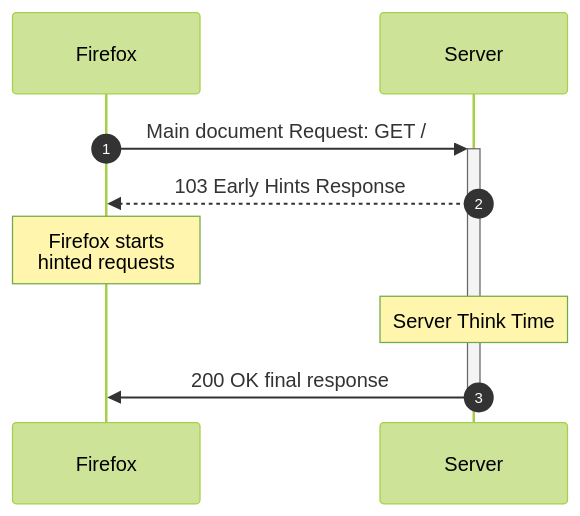
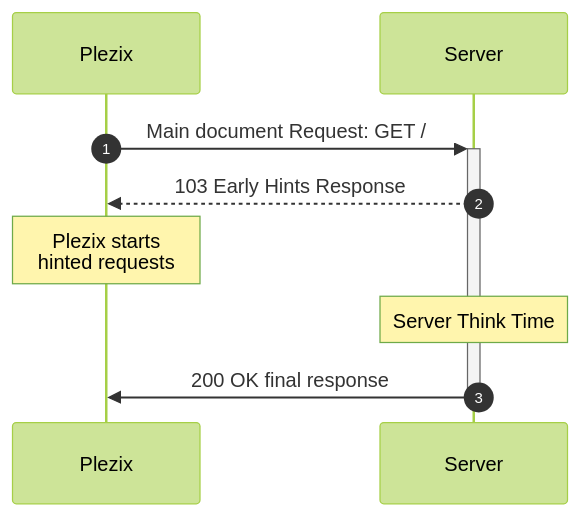
The first of 6 diagrams in netwerk/docs/early_hints.md (yoncola1/Plezix), drawn with Mermaid (forest theme) before and after one commit. The commit also changed other lines of this file and 57780 other files, not shown here.

````diff
--- a/netwerk/docs/early_hints.md
+++ b/netwerk/docs/early_hints.md
@@ -10,11 +10,11 @@
 ```{mermaid}
 sequenceDiagram
-    participant F as Firefox
+    participant F as Plezix
     participant S as Server
     autonumber
     F->>+S: Main document Request: GET /
     S-->>F: 103 Early Hints Response
-    note over F: Firefox starts<br/>hinted requests
+    note over F: Plezix starts<br/>hinted requests
     note over S: Server Think Time
     S->>-F: 200 OK final response
 ```
````
